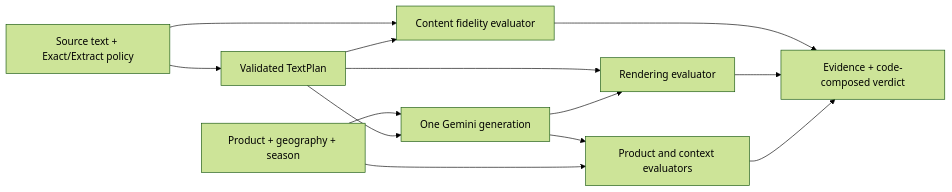
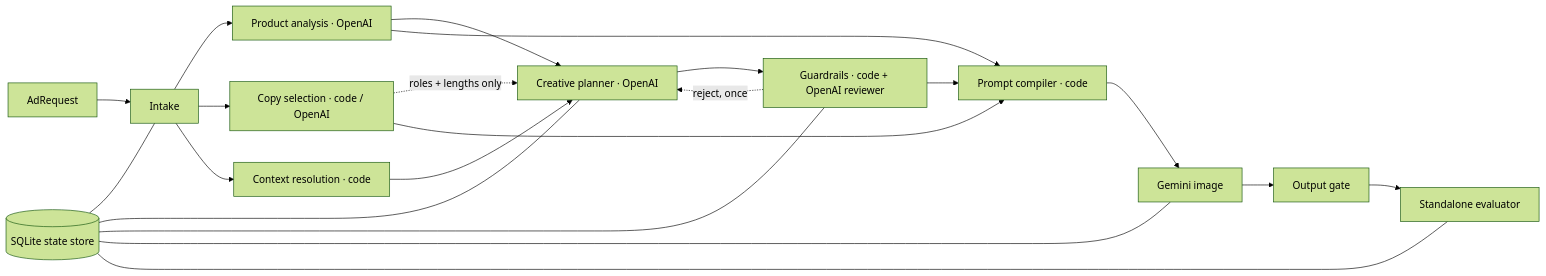
The diagram in docs/design/README.md (GarmitPant/ad-image-generator-evaluator), drawn with Mermaid (forest theme) before and after one commit. The commit also changed other lines of this file and 12 other files, not shown here.

First line of the commit message:
Design v0.3: LLM planner, general guardrails, SQLite state store

````diff
--- a/docs/design/README.md
+++ b/docs/design/README.md
@@ -22,15 +23,19 @@
 ```mermaid
 flowchart LR
-    S[Source text + Exact/Extract policy] --> T[Validated TextPlan]
-    R[Product + geography + season] --> G[One Gemini generation]
-    T --> G
-    S --> C[Content fidelity evaluator]
-    T --> C
-    T --> E[Rendering evaluator]
-    G --> E
-    G --> P[Product and context evaluators]
-    R --> P
-    C --> V[Evidence + code-composed verdict]
-    E --> V
-    P --> V
+    Req[AdRequest] --> S1[Intake]
+    S1 --> S2[Product analysis · OpenAI]
+    S1 --> S3[Copy selection · code / OpenAI]
+    S1 --> S4[Context resolution · code]
+    S2 --> S5[Creative planner · OpenAI]
+    S4 --> S5
+    S3 -. roles + lengths only .-> S5
+    S5 --> S6[Guardrails · code + OpenAI reviewer]
+    S6 -. reject, once .-> S5
+    S6 --> S7[Prompt compiler · code]
+    S3 --> S7
+    S2 --> S7
+    S7 --> S8[Gemini image]
+    S8 --> S9[Output gate]
+    S9 --> Ev[Standalone evaluator]
+    ST[(SQLite state store)] --- S1 & S5 & S6 & S8 & Ev
 ```
````
